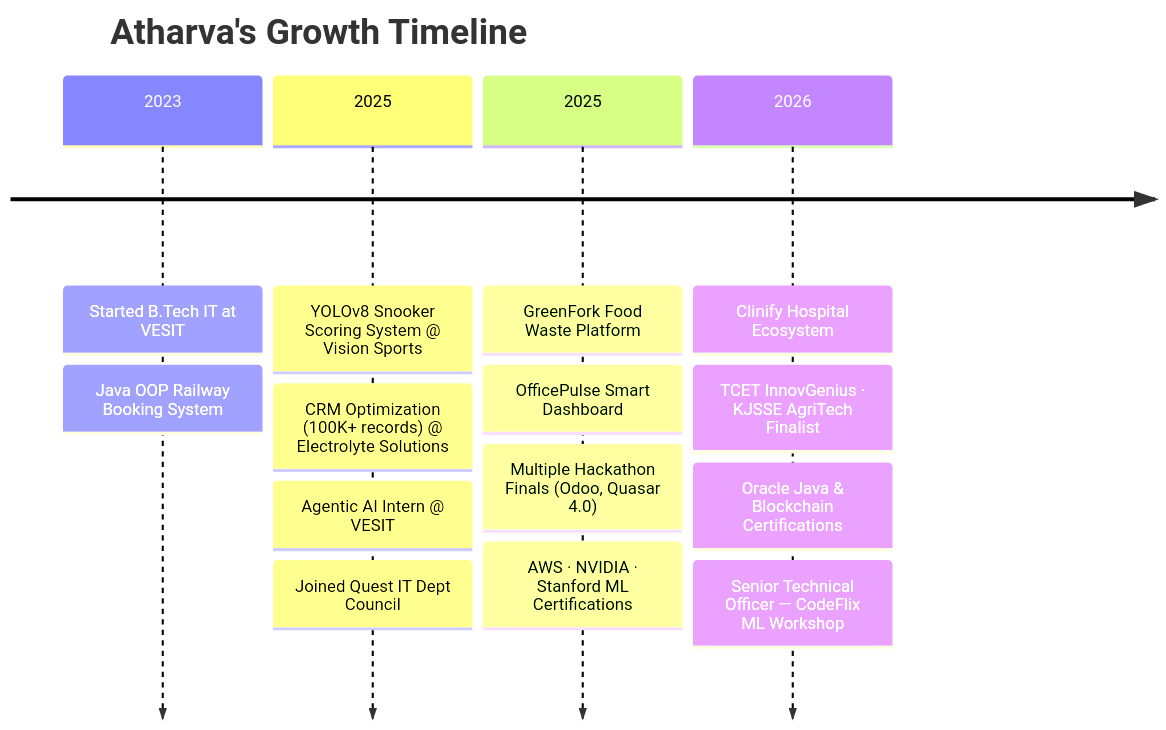
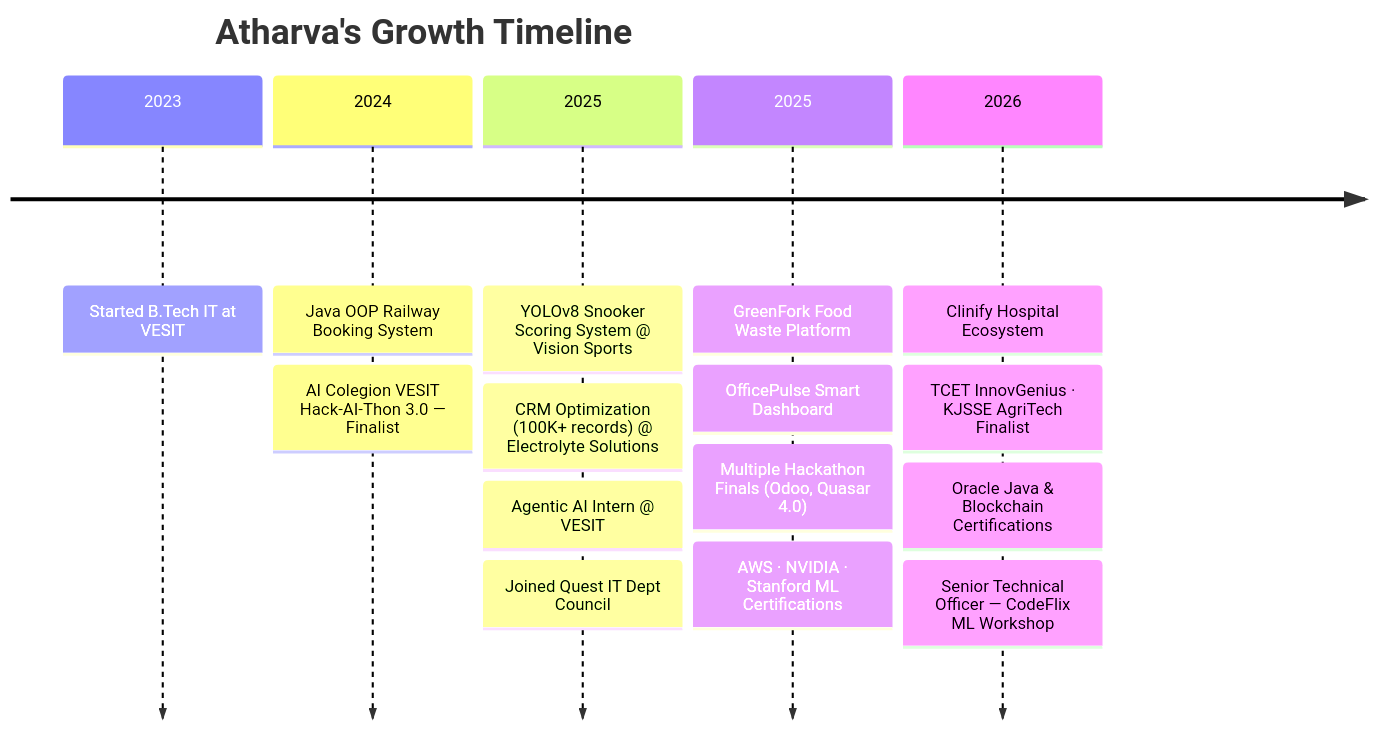
One commit to AtharvaLotankar11/AtharvaLotankar11 changed the first of 5 diagrams in README.md. Above: the diagram before and after it, drawn with Mermaid. The commit also changed other lines of this file, not shown here.

Commit message:
Updated Timeline

````diff
--- a/README.md
+++ b/README.md
@@ -74,18 +74,19 @@
 ```mermaid
 timeline
     title Atharva's Growth Timeline
     2023 : Started B.Tech IT at VESIT
-         : Java OOP Railway Booking System
+    2024 : Java OOP Railway Booking System
+         : AI Colegion VESIT Hack-AI-Thon 3.0 — Finalist
     2025 : YOLOv8 Snooker Scoring System @ Vision Sports
          : CRM Optimization (100K+ records) @ Electrolyte Solutions
          : Agentic AI Intern @ VESIT
          : Joined Quest IT Dept Council
     2025 : GreenFork Food Waste Platform
          : OfficePulse Smart Dashboard
          : Multiple Hackathon Finals (Odoo, Quasar 4.0)
          : AWS · NVIDIA · Stanford ML Certifications
     2026 : Clinify Hospital Ecosystem
          : TCET InnovGenius · KJSSE AgriTech Finalist
          : Oracle Java & Blockchain Certifications
          : Senior Technical Officer — CodeFlix ML Workshop
 ```
````
